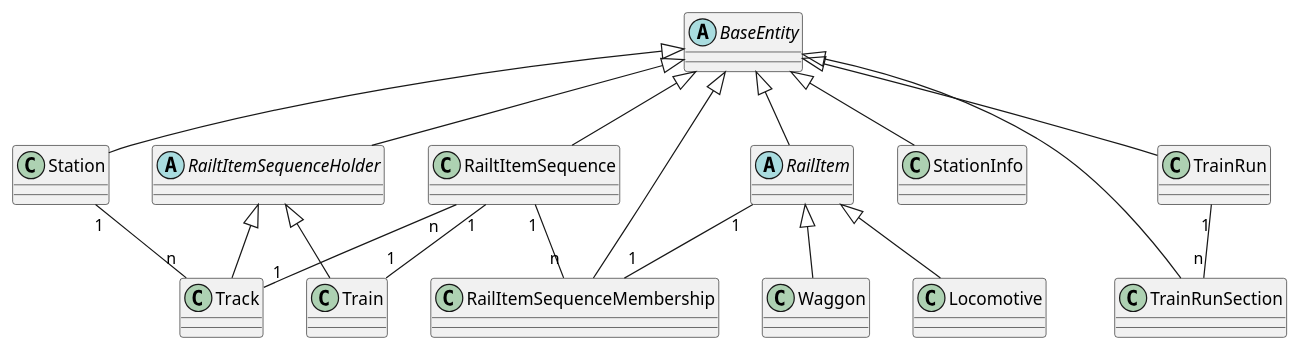
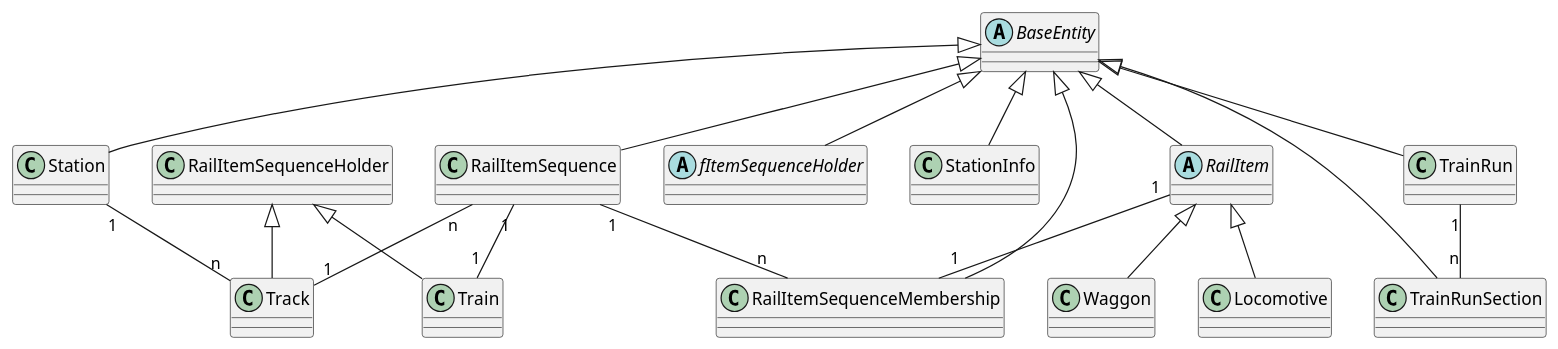
Before and after one commit to gheddie/TrainMasterServer: the diagram in src/main/resources/classes.puml, drawn with PlantUML. The commit also changed 18 other files, not shown here.

```diff
--- a/src/main/resources/classes.puml
+++ b/src/main/resources/classes.puml
@@ -1,29 +1,29 @@
 @startuml
 
 abstract class BaseEntity
 
-class RailtItemSequence extends BaseEntity
-abstract class RailtItemSequenceHolder extends BaseEntity
+class RailItemSequence extends BaseEntity
+abstract class fItemSequenceHolder extends BaseEntity
 class Station extends BaseEntity
 class StationInfo extends BaseEntity
-class Track extends RailtItemSequenceHolder
-class Train extends RailtItemSequenceHolder
+class Track extends RailItemSequenceHolder
+class Train extends RailItemSequenceHolder
 class TrainRun extends BaseEntity
 class TrainRunSection extends BaseEntity
 class Waggon extends RailItem
 class Locomotive extends RailItem
 abstract class RailItem extends BaseEntity
 class RailItemSequenceMembership extends BaseEntity
 
 '---
 
 Station "1" -- "n" Track
 TrainRun "1" -- "n" TrainRunSection
 
-RailtItemSequence "n" -- "1" Track
-RailtItemSequence "1" -- "1" Train
+RailItemSequence "n" -- "1" Track
+RailItemSequence "1" -- "1" Train
 
-RailtItemSequence "1" -- "n" RailItemSequenceMembership
+RailItemSequence "1" -- "n" RailItemSequenceMembership
 RailItem "1" -- "1" RailItemSequenceMembership
 
 @enduml
```
